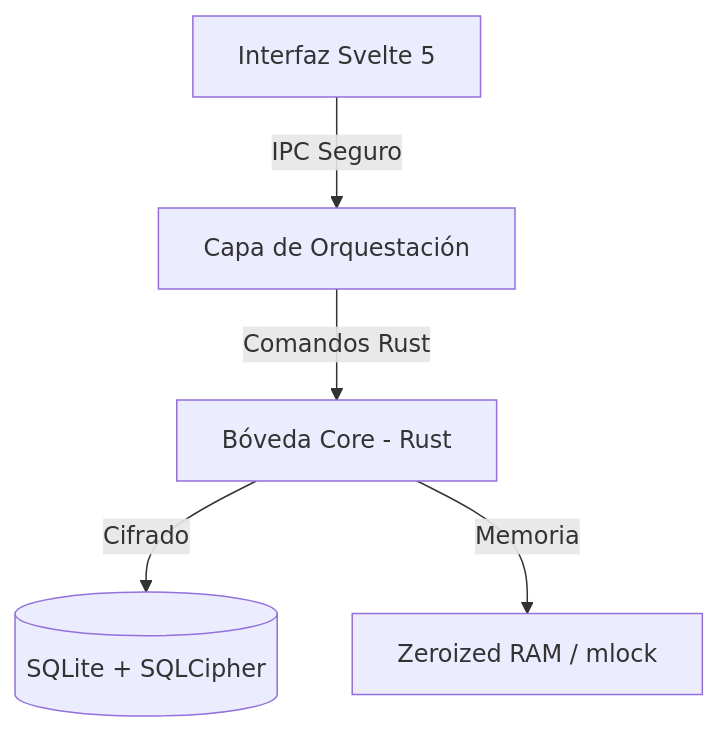
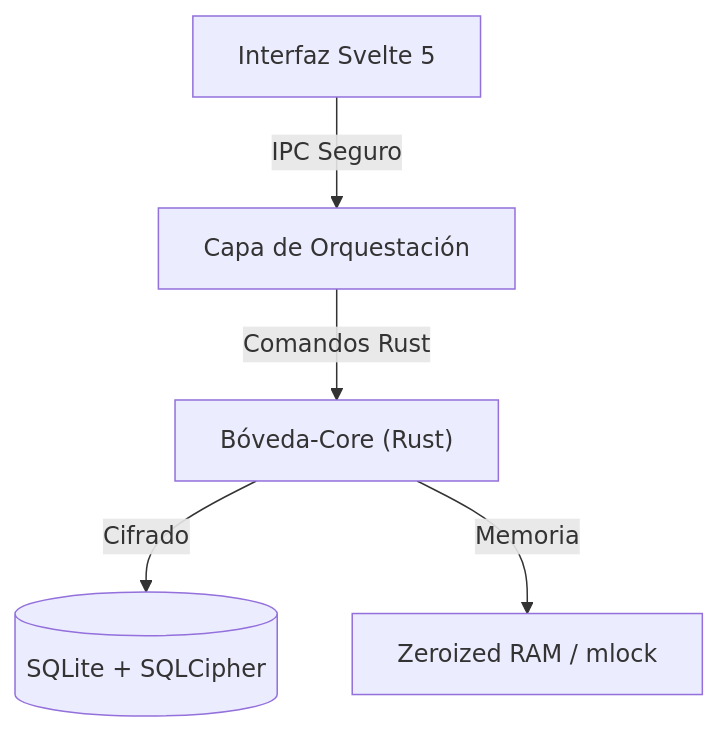
The diagram in README.md (aaronlomas/boveda), drawn with Mermaid before and after one commit.

Commit message:
docs: mejoras en su contenido

````diff
--- a/README.md
+++ b/README.md
@@ -40,7 +40,7 @@
 ```mermaid
-graph TD
-    UI[Interfaz Svelte 5] -- IPC Seguro --> Tauri[Capa de Orquestación]
-    Tauri -- Comandos Rust --> Core[Bóveda Core - Rust]
-    Core -- Cifrado --> DB[(SQLite + SQLCipher)]
-    Core -- Memoria --> RAM[Zeroized RAM / mlock]
+flowchart TD
+    UI["Interfaz Svelte 5"] -- "IPC Seguro" --> Tauri["Capa de Orquestación"]
+    Tauri -- "Comandos Rust" --> Core["Bóveda-Core (Rust)"]
+    Core -- "Cifrado" --> DB[("SQLite + SQLCipher")]
+    Core -- "Memoria" --> RAM["Zeroized RAM / mlock"]
 ```
````
